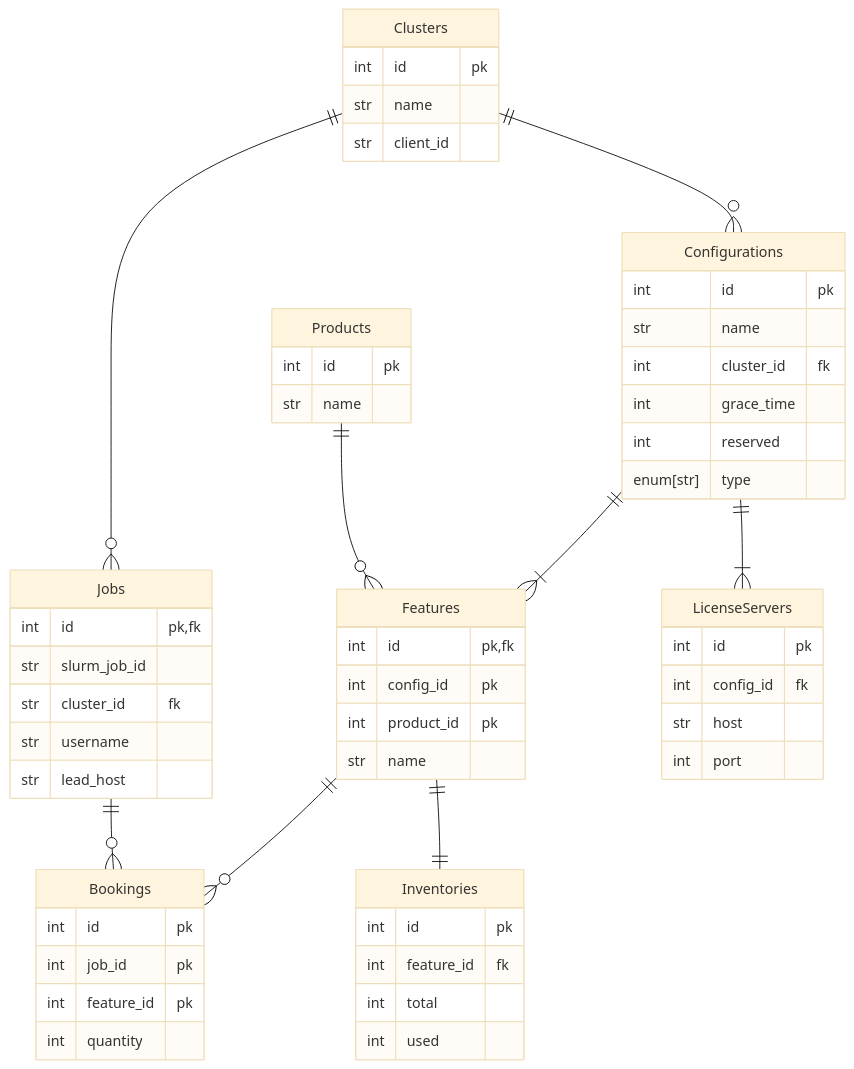
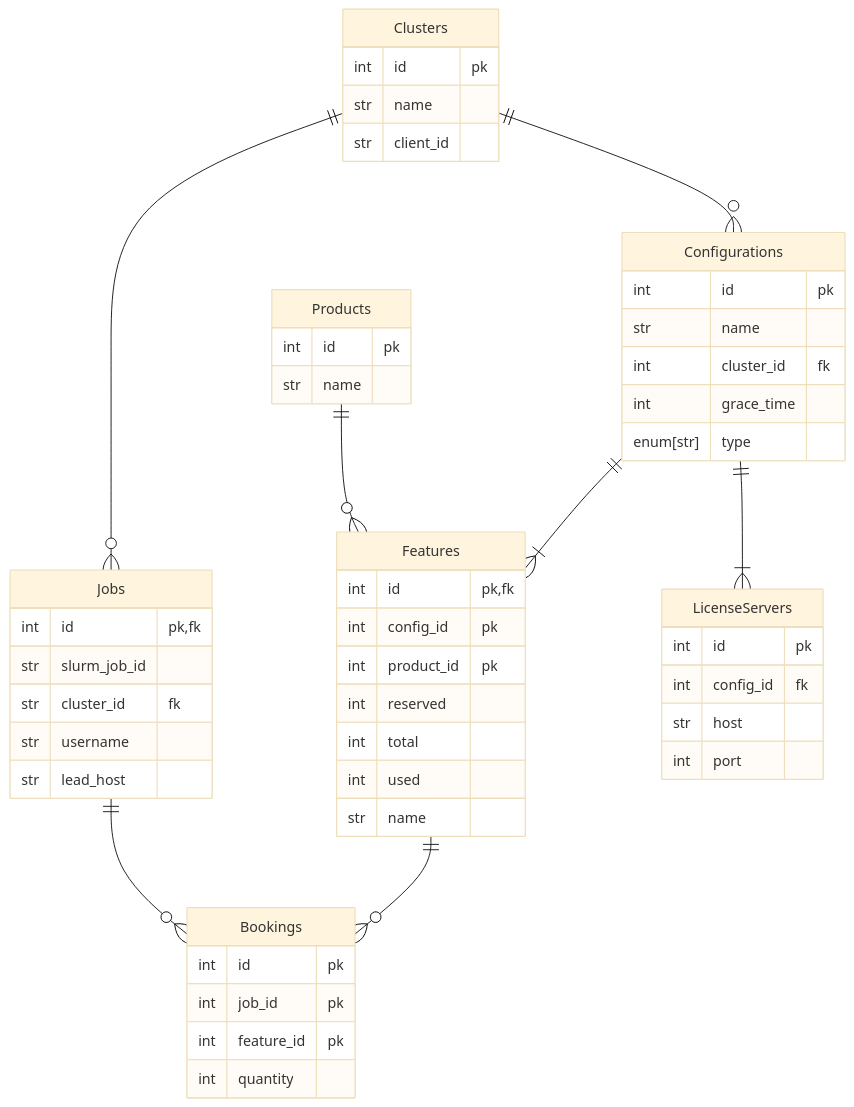
The diagram in docs-source/src/architecture.rst (omnivector-solutions/license-manager), drawn with Mermaid (base theme) before and after one commit. The commit also changed other lines of this file and 1 other file, not shown here.

```diff
--- a/docs-source/src/architecture.rst
+++ b/docs-source/src/architecture.rst
@@ -57,59 +57,54 @@
 .. mermaid::
 
     erDiagram
         Bookings {
             int id pk
             int job_id pk
             int feature_id pk
             int quantity
         }
         Features {
             int id pk,fk
             int config_id pk
             int product_id pk
-            str name 
-        }
-        Inventories {
-            int id pk
-            int feature_id fk
+            int reserved
             int total
             int used
+            str name 
         }
         Products {
             int id pk
             str name
         }
         Jobs {
             int id pk, fk
             str slurm_job_id
             str cluster_id fk
             str username
             str lead_host
         }
         Clusters {
             int id pk
             str name
             str client_id
         }
         Configurations {
             int id pk
             str name
             int cluster_id fk
             int grace_time
-            int reserved
             enum[str] type
         }
         LicenseServers {
             int id pk
             int config_id fk
             str host
             int port
         }
         Jobs ||--o{ Bookings : ""
         Features ||--o{ Bookings : ""
         Clusters ||--o{ Jobs : ""
         Products ||--o{ Features : ""
-        Features ||--|| Inventories : ""
         Configurations ||--|{ Features : ""
         Clusters ||--o{ Configurations : ""
         Configurations ||--|{ LicenseServers : ""
```
